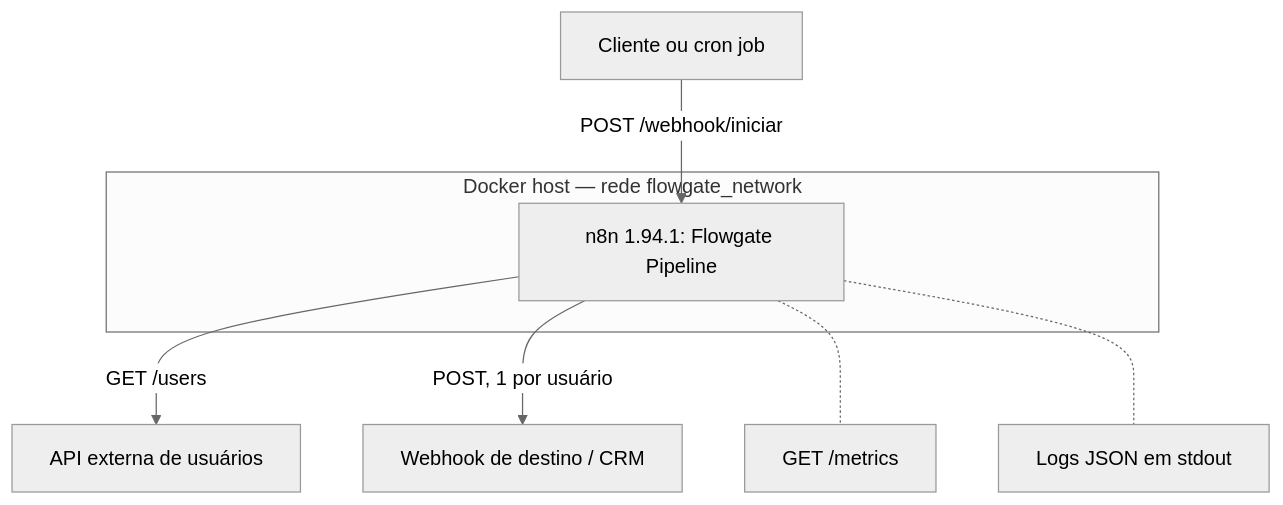
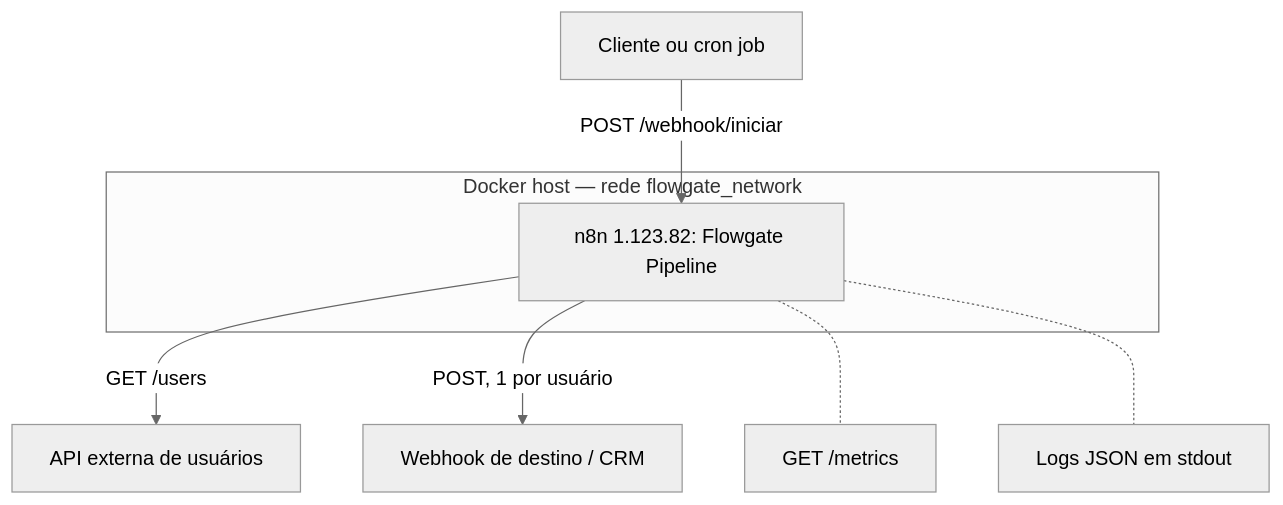
Before and after one commit to lucasdaniel2201/flowgate-automation: the first of 2 diagrams in docs/architecture.md, drawn with Mermaid (neutral theme). The commit also changed other lines of this file and 7 other files, not shown here.

````diff
--- a/docs/architecture.md
+++ b/docs/architecture.md
@@ -7,12 +7,12 @@
 ```mermaid
 graph TB
     Client[Cliente ou cron job] -->|POST /webhook/iniciar| Flowgate
-    Flowgate[n8n 1.94.1: Flowgate Pipeline] -->|GET /users| ExtAPI[API externa de usuários]
+    Flowgate[n8n 1.123.82: Flowgate Pipeline] -->|GET /users| ExtAPI[API externa de usuários]
     Flowgate -->|POST, 1 por usuário| CRM[Webhook de destino / CRM]
     Flowgate -.- Metrics[GET /metrics]
     Flowgate -.- Logs[Logs JSON em stdout]
 
     subgraph Docker[Docker host — rede flowgate_network]
         Flowgate
     end
 ```
````
